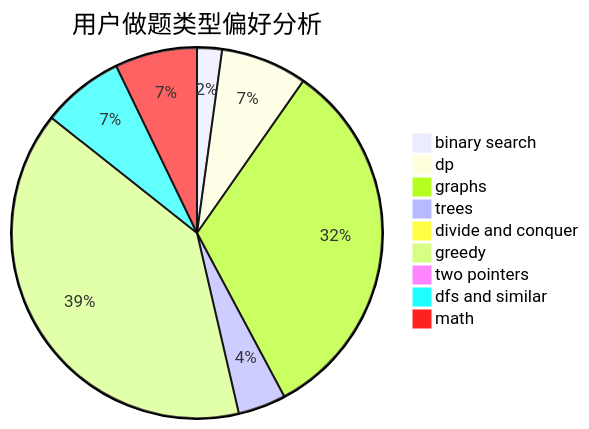
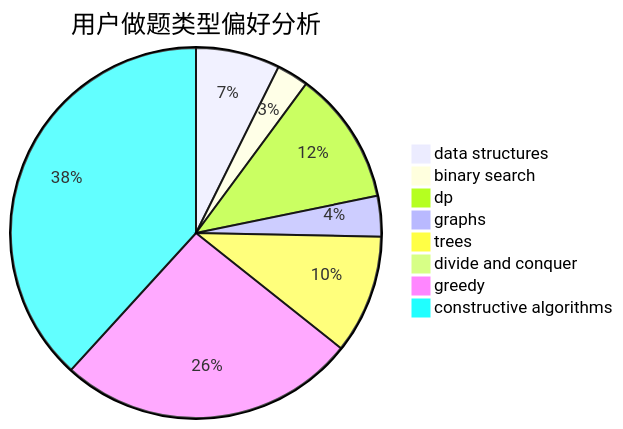
Before and after one commit to sherpahu/cfrs.github.io: the second of 3 diagrams in docs/user/u2145.md, drawn with Mermaid. The commit also changed other lines of this file and 2775 other files, not shown here.

````diff
--- a/docs/user/u2145.md
+++ b/docs/user/u2145.md
@@ -23,12 +23,11 @@
 ```mermaid
 pie title 用户做题类型偏好分析
-    "binary search" :  24
-    "dp" :  83
-    "graphs" :  358
-    "trees" :  46
-    "divide and conquer" :  1
-    "greedy" :  433
-    "two pointers" :  4
-    "dfs and similar" :  79
-    "math" :  79
+    "data structures" :  29
+    "binary search" :  11
+    "dp" :  46
+    "graphs" :  14
+    "trees" :  41
+    "divide and conquer" :  0
+    "greedy" :  103
+    "constructive algorithms" :  151
 ```
````
